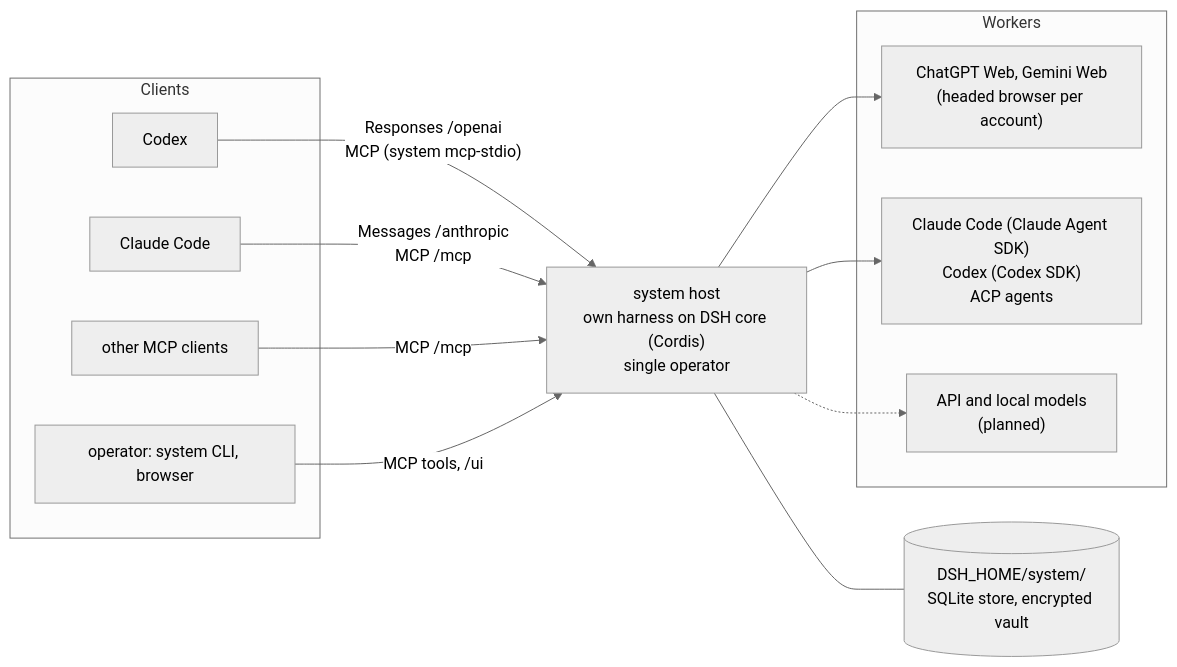
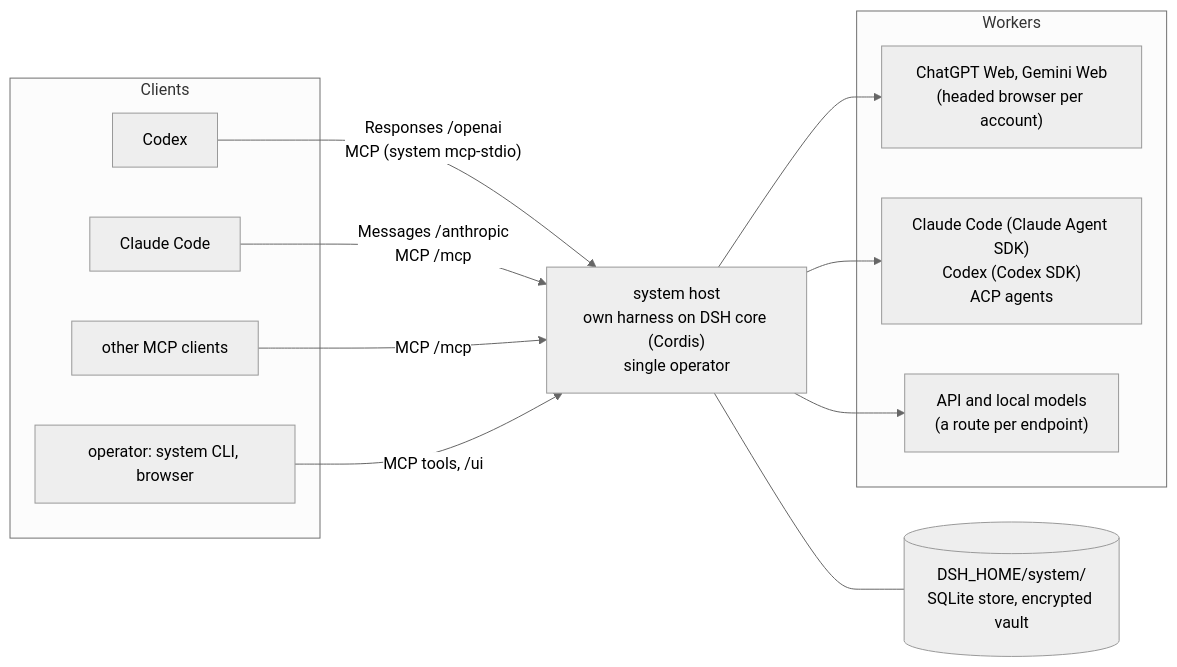
The first of 3 diagrams in docs/architecture/README.md (tsuuanmi/system), drawn with Mermaid (neutral theme) before and after one commit. The commit also changed other lines of this file and 74 other files, not shown here.

````diff
--- a/docs/architecture/README.md
+++ b/docs/architecture/README.md
@@ -24,24 +24,24 @@
 ```mermaid
 flowchart LR
   subgraph clients["Clients"]
     codex["Codex"]
     claude["Claude Code"]
     mcpc["other MCP clients"]
     op["operator: system CLI, browser"]
   end
   host["system host<br/>own harness on DSH core (Cordis)<br/>single operator"]
   subgraph workers["Workers"]
     web["ChatGPT Web, Gemini Web<br/>(headed browser per account)"]
     agents["Claude Code (Claude Agent SDK)<br/>Codex (Codex SDK)<br/>ACP agents"]
-    models["API and local models<br/>(planned)"]
+    models["API and local models<br/>(a route per endpoint)"]
   end
   state[("DSH_HOME/system/<br/>SQLite store, encrypted vault")]
   codex -- "Responses /openai<br/>MCP (system mcp-stdio)" --> host
   claude -- "Messages /anthropic<br/>MCP /mcp" --> host
   mcpc -- "MCP /mcp" --> host
   op -- "MCP tools, /ui" --> host
   host --> web
   host --> agents
-  host -.-> models
+  host --> models
   host --- state
 ```
````
